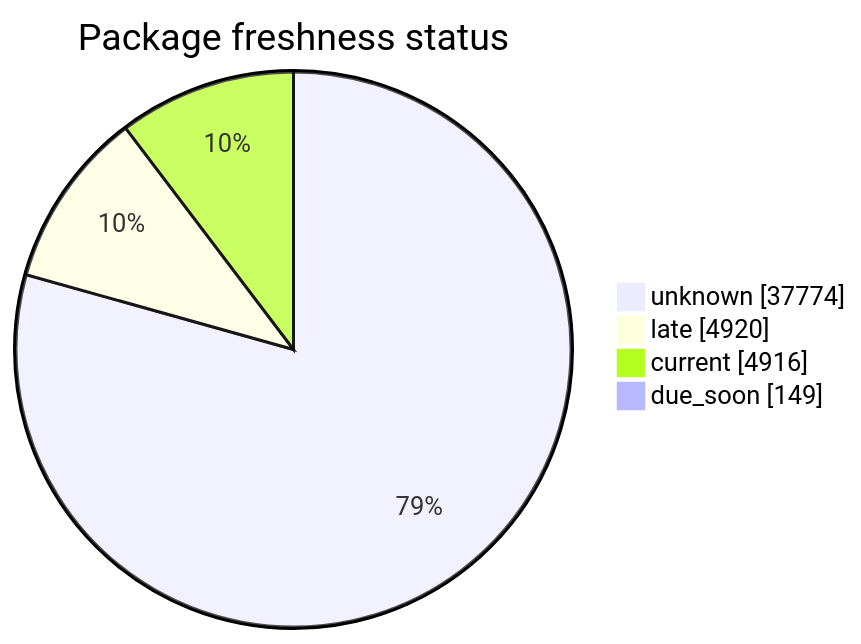
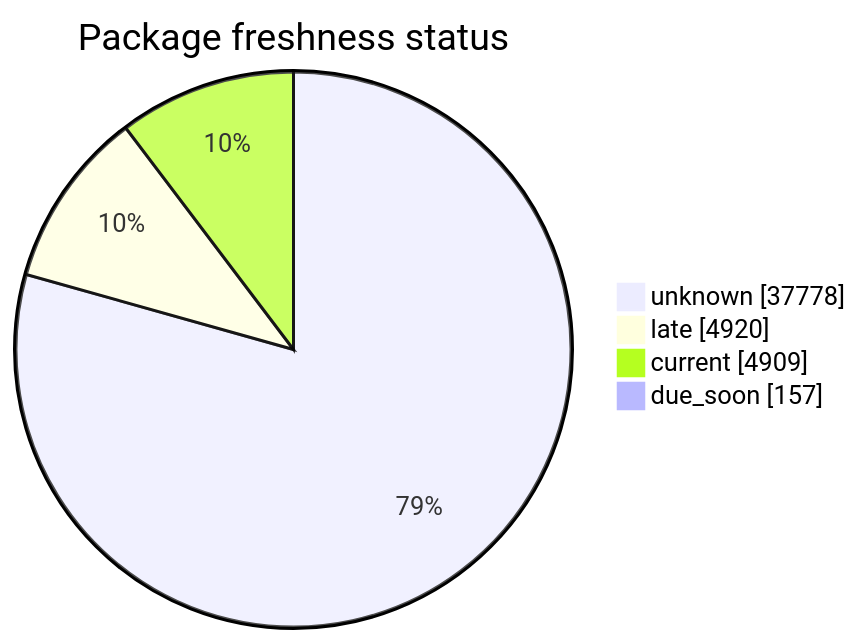
Before and after one commit to open-data/analytics-corporate-reporting: the second of 5 diagrams in FreshCheck/README.md, drawn with Mermaid. The commit also changed other lines of this file and 3 other files, not shown here.

````diff
--- a/FreshCheck/README.md
+++ b/FreshCheck/README.md
@@ -68,7 +68,7 @@
 ```mermaid
 pie showData title Package freshness status
-    "unknown": 37774
+    "unknown": 37778
     "late": 4920
-    "current": 4916
-    "due_soon": 149
+    "current": 4909
+    "due_soon": 157
 ```
````
